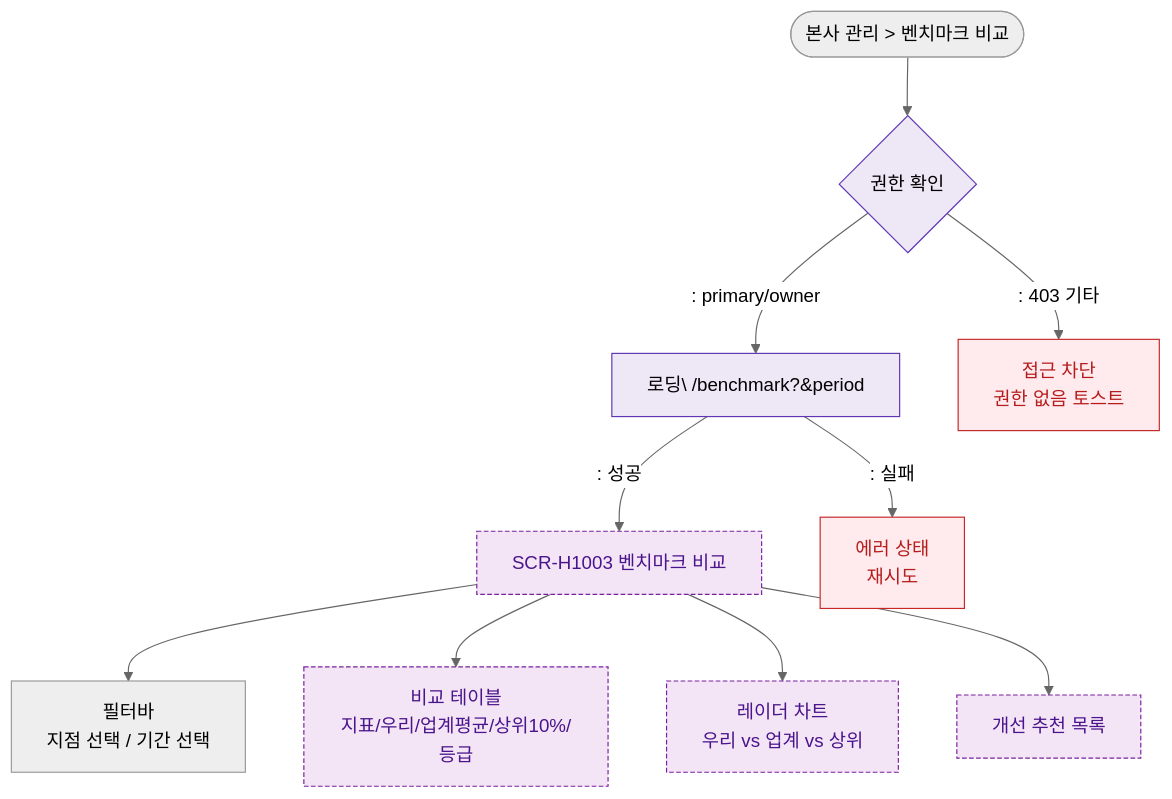
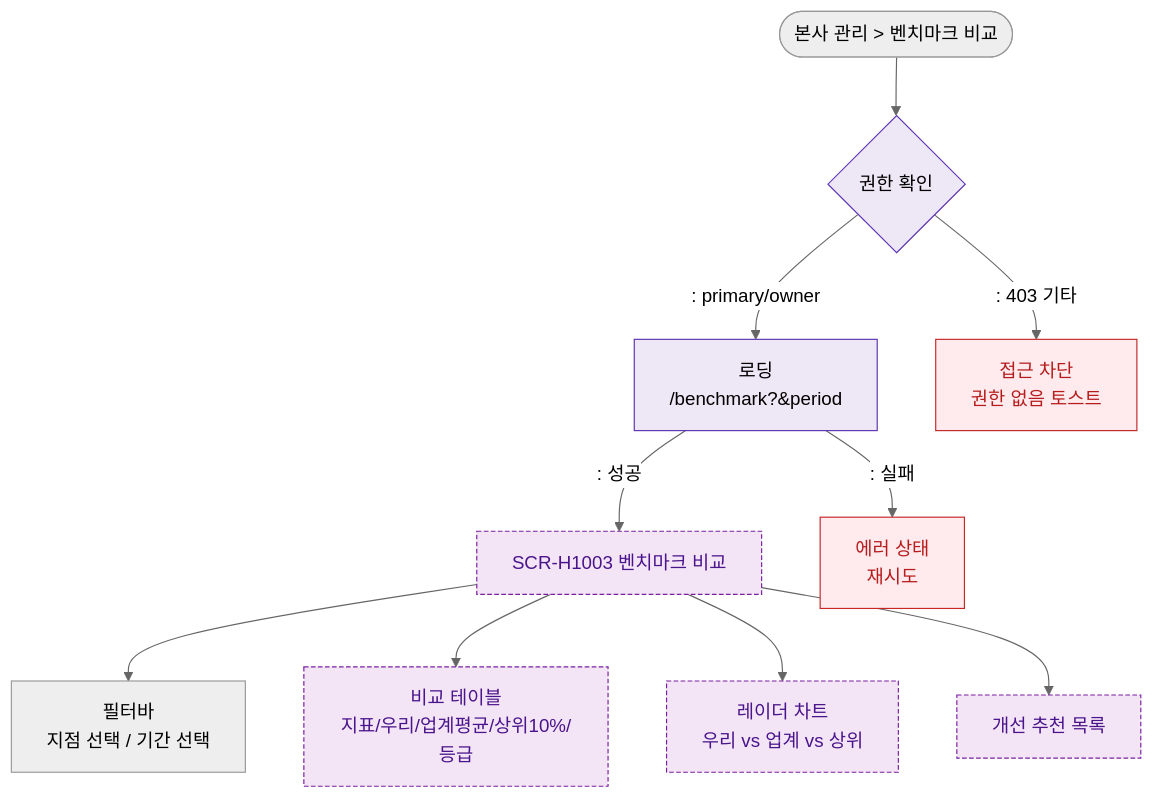
One commit to dev-spogym/admin-pando changed the diagram in docs/admin/다이어그램/D10_본사관리/SCR-H1003_벤치마크비교/F1_진입.md. Above: the diagram before and after it, drawn with Mermaid (neutral theme). The commit also changed 369 other files, not shown here.

````diff
--- a/docs/admin/다이어그램/D10_본사관리/SCR-H1003_벤치마크비교/F1_진입.md
+++ b/docs/admin/다이어그램/D10_본사관리/SCR-H1003_벤치마크비교/F1_진입.md
@@ -12,23 +12,23 @@
 ```mermaid
 flowchart TD
     Sidebar([본사 관리 > 벤치마크 비교]) --> Auth{권한 확인}
-    Auth -->|": primary/owner"|Loading[로딩\ /benchmark?&period]
+    Auth -->|": primary/owner"|Loading[로딩<br/> /benchmark?&period]
     Auth -->|": 403 기타"|Blocked[접근 차단\n권한 없음 토스트]
 
     Loading -->|": 성공"|SCR102[SCR-H1003 벤치마크 비교\n]
     Loading -->|": 실패"|ErrorState[에러 상태\n재시도]
 
     SCR102 --> FilterBar[필터바\n지점 선택 / 기간 선택]
     SCR102 --> CompTable[비교 테이블\n지표/우리/업계평균/상위10%/등급]
     SCR102 --> RadarChart[레이더 차트\n우리 vs 업계 vs 상위]
     SCR102 --> Suggestions[개선 추천 목록]
 
     classDef screen fill:#E3F2FD,stroke:#1976D2,color:#0D47A1
     classDef newFeature fill:#F3E5F5,stroke:#7B1FA2,color:#4A148C,stroke-dasharray:4 2
     classDef error fill:#FFEBEE,stroke:#C62828,color:#B71C1C
     classDef system fill:#EDE7F6,stroke:#5E35B2
     class SCR102 newFeature
     class CompTable,RadarChart,Suggestions newFeature
     class ErrorState,Blocked error
     class Loading,Auth system
 ```
````
